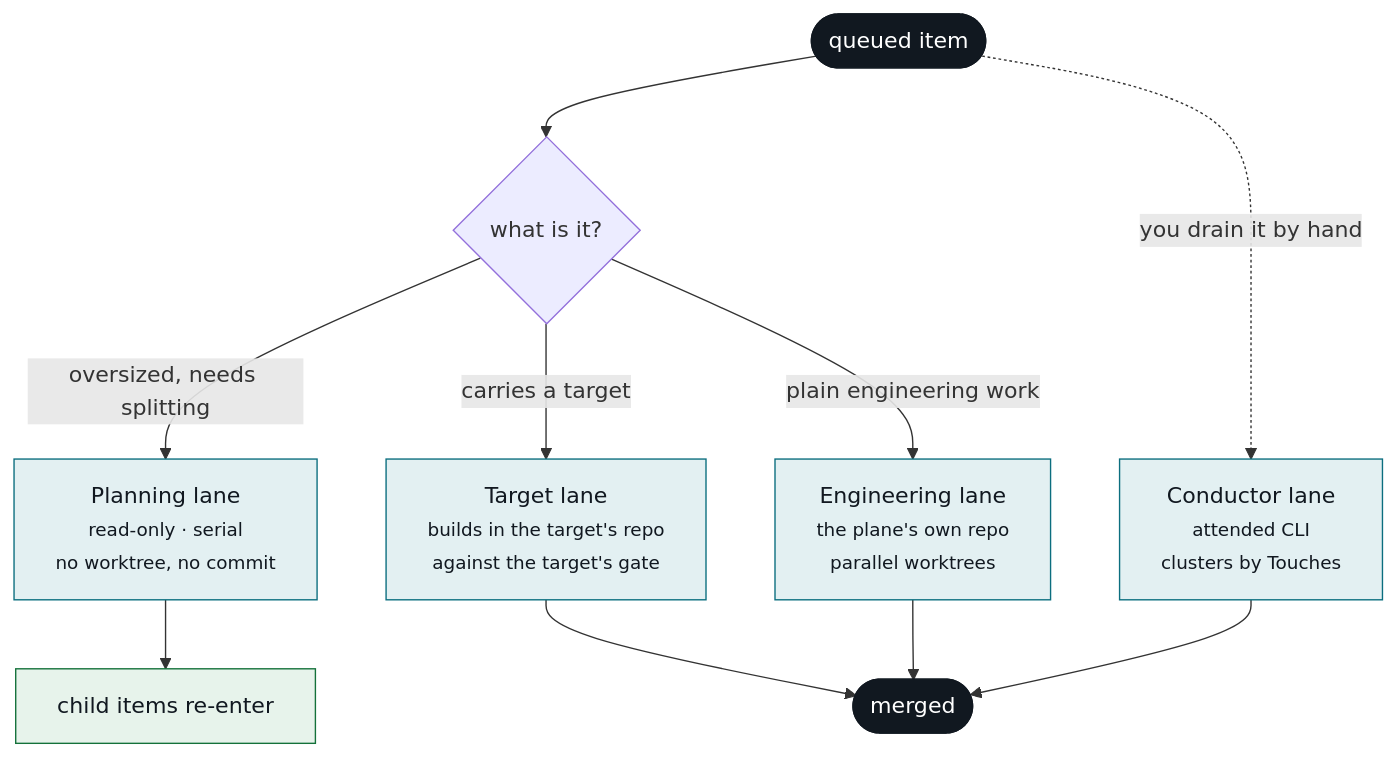
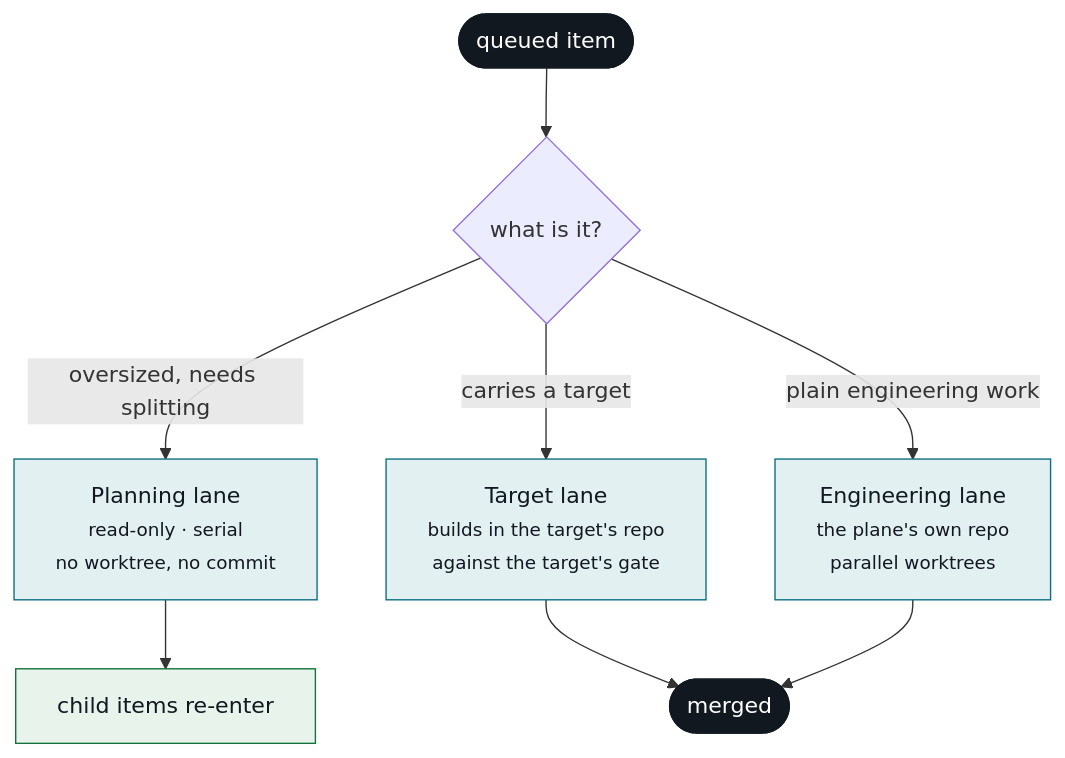
Before and after one commit to MrChikns/loopkit: the second of 11 diagrams in docs/plane-flows.md, drawn with Mermaid. The commit also changed other lines of this file and 27 other files, not shown here.

````diff
--- a/docs/plane-flows.md
+++ b/docs/plane-flows.md
@@ -73,19 +73,17 @@
 ```mermaid
 flowchart TD
   Q(["queued item"]) --> W{"what is it?"}
   W -->|oversized, needs splitting| PLAN["Planning lane<br/><small>read-only · serial<br/>no worktree, no commit</small>"]
   W -->|carries a target| TGT["Target lane<br/><small>builds in the target's repo<br/>against the target's gate</small>"]
   W -->|plain engineering work| BATCH["Engineering lane<br/><small>the plane's own repo<br/>parallel worktrees</small>"]
-  Q -.->|you drain it by hand| COND["Conductor lane<br/><small>attended CLI<br/>clusters by Touches</small>"]
   PLAN --> CH["child items re-enter"]
   TGT --> MG(["merged"])
   BATCH --> MG
-  COND --> MG
 
   classDef term fill:#111820,stroke:#111820,color:#ffffff
   classDef step fill:#E3F0F2,stroke:#0B6E7F,color:#111820
   classDef pass fill:#E7F3EB,stroke:#14713A,color:#111820
   class Q,MG term
-  class PLAN,TGT,BATCH,COND step
+  class PLAN,TGT,BATCH step
   class CH pass
 ```
````
